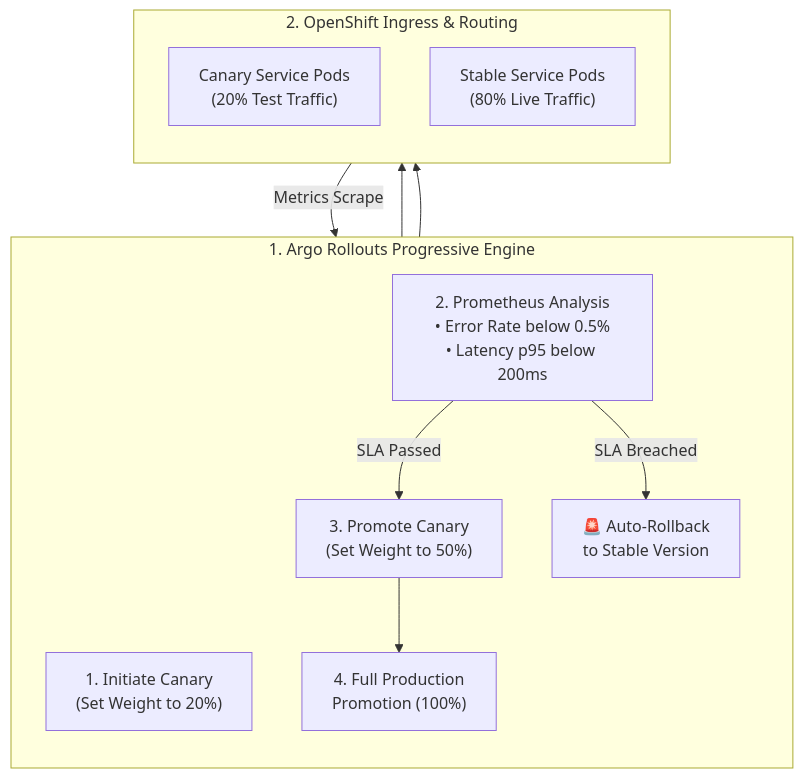
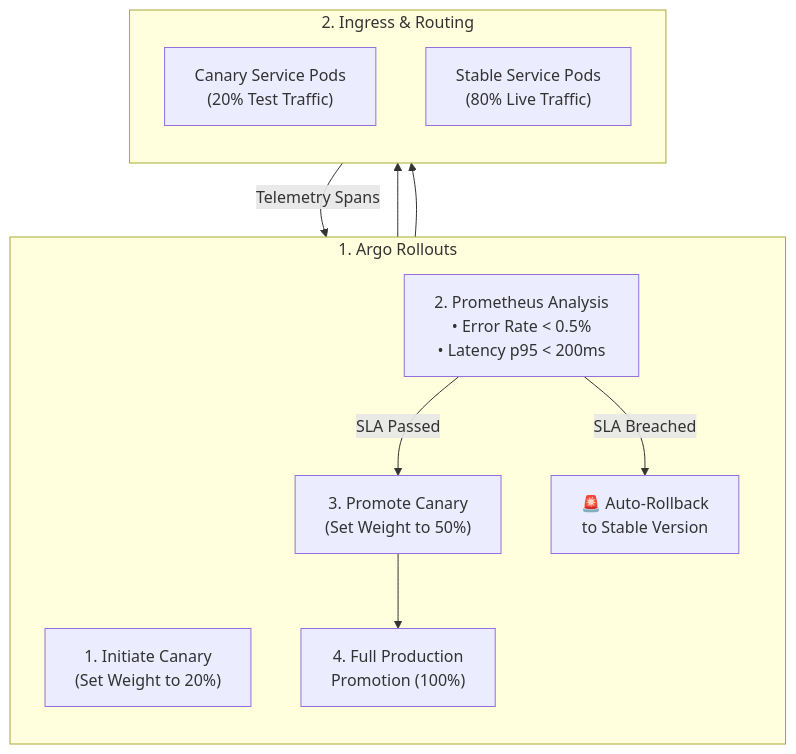
Diagram 13 of 14 in README.md (nubenetes/jenkins-without-git-parameter), drawn with Mermaid before and after one commit. The commit also changed other lines of this file, not shown here.

Commit message:
fix(mermaid): enforce hard 20-char line limit on all diagram nodes to permanently prevent text clipping on GitHub

````diff
--- a/README.md
+++ b/README.md
@@ -803,24 +802,24 @@
 ```mermaid
 flowchart TB
-    subgraph RolloutController["1. Argo Rollouts Progressive Engine"]
+    subgraph RolloutController["1. Argo Rollouts"]
         direction TB
         Step1["1. Initiate Canary<br/>(Set Weight to 20%)"]
-        Step2["2. Prometheus Analysis<br/>• Error Rate below 0.5%<br/>• Latency p95 below 200ms"]
+        Step2["2. Prometheus Analysis<br/>• Error Rate < 0.5%<br/>• Latency p95 < 200ms"]
         Step3["3. Promote Canary<br/>(Set Weight to 50%)"]
         Step4["4. Full Production<br/>Promotion (100%)"]
         Abort["🚨 Auto-Rollback<br/>to Stable Version"]
     end
 
-    subgraph RoutingLayer["2. OpenShift Ingress & Routing"]
+    subgraph RoutingLayer["2. Ingress & Routing"]
         direction TB
         CanaryService["Canary Service Pods<br/>(20% Test Traffic)"]
         StableService["Stable Service Pods<br/>(80% Live Traffic)"]
     end
 
     Step1 --> CanaryService
     Step1 --> StableService
-    CanaryService -->|"Metrics Scrape"| Step2
+    CanaryService -->|"Telemetry Spans"| Step2
     Step2 -->|"SLA Passed"| Step3
     Step2 -->|"SLA Breached"| Abort
     Step3 --> Step4
 ```
````
